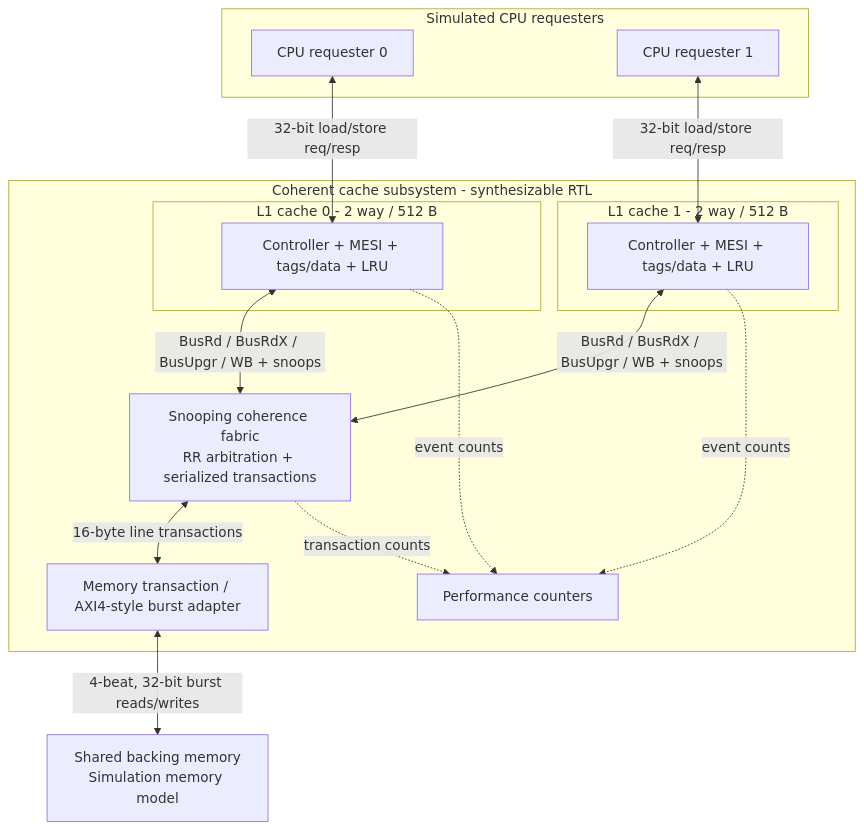
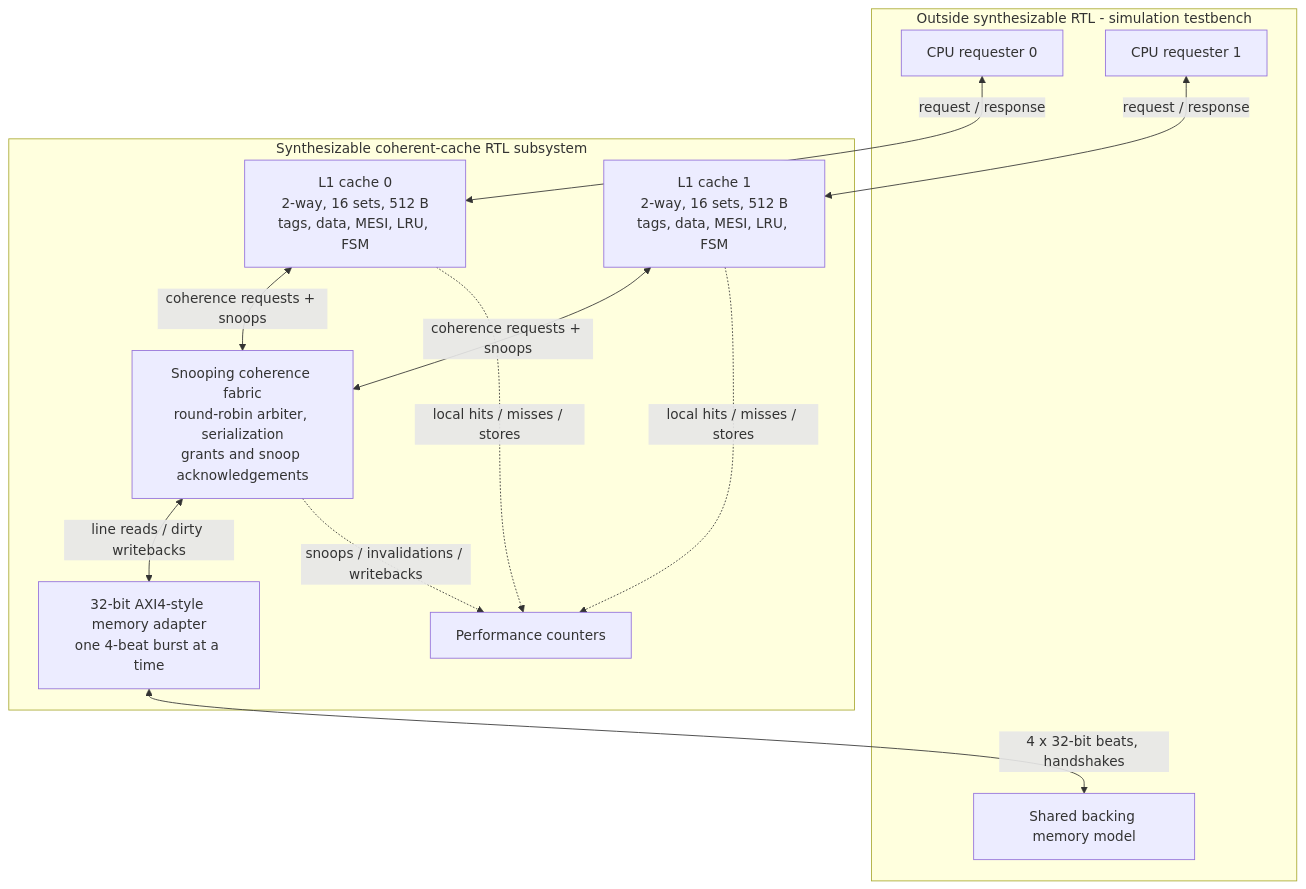
Before and after one commit to ml13c/Coherent-Cache---Memory-Subsytem: the diagram in diagrams/01_system_architecture.mmd, drawn with Mermaid. The commit also changed 23 other files, not shown here.

```diff
--- a/diagrams/01_system_architecture.mmd
+++ b/diagrams/01_system_architecture.mmd
@@ -1,28 +1,22 @@
 flowchart TB
-    subgraph REQUESTERS[Simulated CPU requesters]
+    subgraph TB[Outside synthesizable RTL - simulation testbench]
       CPU0[CPU requester 0]
       CPU1[CPU requester 1]
+      RAM[Shared backing memory model]
     end
-    subgraph DUT[Coherent cache subsystem - synthesizable RTL]
-      subgraph L1A[L1 cache 0 - 2 way / 512 B]
-        C0[Controller + MESI + tags/data + LRU]
-      end
-      subgraph L1B[L1 cache 1 - 2 way / 512 B]
-        C1[Controller + MESI + tags/data + LRU]
-      end
-      FAB[Snooping coherence fabric
-RR arbitration + serialized transactions]
-      AXI[Memory transaction / AXI4-style burst adapter]
+    subgraph DUT[Synthesizable coherent-cache RTL subsystem]
+      C0[L1 cache 0<br/>2-way, 16 sets, 512 B<br/>tags, data, MESI, LRU, FSM]
+      C1[L1 cache 1<br/>2-way, 16 sets, 512 B<br/>tags, data, MESI, LRU, FSM]
+      FAB[Snooping coherence fabric<br/>round-robin arbiter, serialization<br/>grants and snoop acknowledgements]
+      AXI[32-bit AXI4-style memory adapter<br/>one 4-beat burst at a time]
       PERF[Performance counters]
     end
-    RAM[Shared backing memory
-Simulation memory model]
-    CPU0 <-->|32-bit load/store req/resp| C0
-    CPU1 <-->|32-bit load/store req/resp| C1
-    C0 <-->|BusRd / BusRdX / BusUpgr / WB + snoops| FAB
-    C1 <-->|BusRd / BusRdX / BusUpgr / WB + snoops| FAB
-    FAB <-->|16-byte line transactions| AXI
-    AXI <-->|4-beat, 32-bit burst reads/writes| RAM
-    C0 -. event counts .-> PERF
-    C1 -. event counts .-> PERF
-    FAB -. transaction counts .-> PERF
+    CPU0 <-->|request / response| C0
+    CPU1 <-->|request / response| C1
+    C0 <-->|coherence requests + snoops| FAB
+    C1 <-->|coherence requests + snoops| FAB
+    FAB <-->|line reads / dirty writebacks| AXI
+    AXI <-->|4 x 32-bit beats, handshakes| RAM
+    C0 -. local hits / misses / stores .-> PERF
+    C1 -. local hits / misses / stores .-> PERF
+    FAB -. snoops / invalidations / writebacks .-> PERF
```
